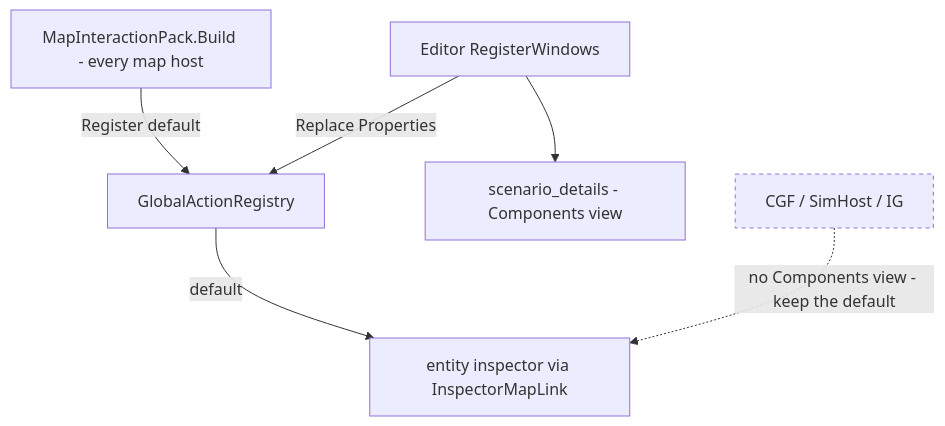
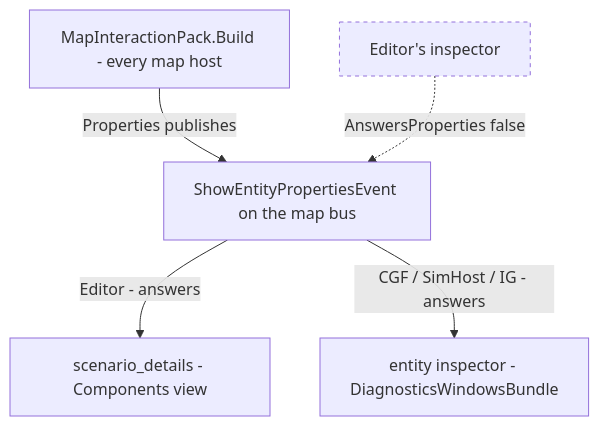
Before and after one commit to pjanec/HROT: diagram 13 of 13 in docs/blueprints/DESIGN_Details_Panel_View_Switching.md, drawn with Mermaid. The commit also changed other lines of this file and 15 other files, not shown here.

````diff
--- a/docs/blueprints/DESIGN_Details_Panel_View_Switching.md
+++ b/docs/blueprints/DESIGN_Details_Panel_View_Switching.md
@@ -1057,9 +1061,8 @@
 ```mermaid
 graph TD
-    P[MapInteractionPack.Build - every map host] -->|Register default| R[GlobalActionRegistry]
-    ED[Editor RegisterWindows] -->|Replace Properties| R
-    ED --> SD[scenario_details - Components view]
-    CG[CGF / SimHost / IG] -.->|no Components view - keep the default| I[entity inspector via InspectorMapLink]
-    R -->|default| I
-    style CG stroke-dasharray: 4 4
+    P[MapInteractionPack.Build - every map host] -->|Properties publishes| E[ShowEntityPropertiesEvent on the map bus]
+    E -->|Editor - answers| SD[scenario_details - Components view]
+    E -->|CGF / SimHost / IG - answers| I[entity inspector - DiagnosticsWindowsBundle]
+    ED[Editor's inspector] -.->|AnswersProperties false| E
+    style ED stroke-dasharray: 4 4
 ```
````
